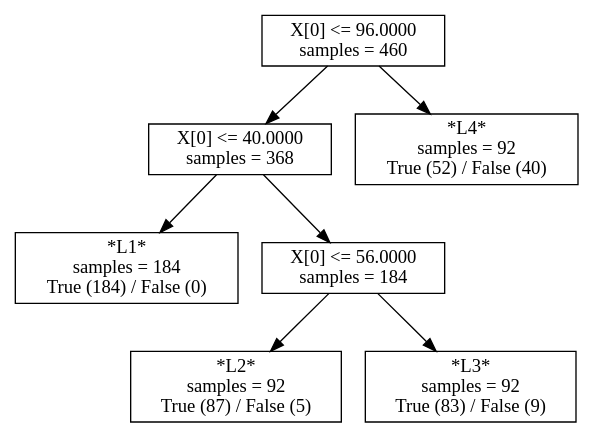
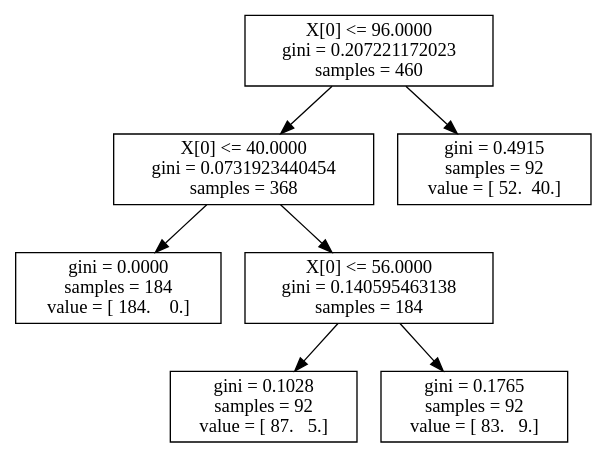
Before and after one commit to ctuning/reproduce-ck-paper-large-experiments: the diagram in script/reproduce-hog-modeling/t628-first-set-of-features/model-sklearn-dtc.modelx.dot, drawn with Graphviz. The commit also changed 199 other files, not shown here.

```diff
--- a/script/reproduce-hog-modeling/t628-first-set-of-features/model-sklearn-dtc.modelx.dot
+++ b/script/reproduce-hog-modeling/t628-first-set-of-features/model-sklearn-dtc.modelx.dot
@@ -1,15 +1,15 @@
 digraph Tree {
-0 [label="X[0] <= 96.0000\nsamples = 460", shape="box"] ;
-1 [label="X[0] <= 40.0000\nsamples = 368", shape="box"] ;
+0 [label="X[0] <= 96.0000\ngini = 0.207221172023\nsamples = 460", shape="box"] ;
+1 [label="X[0] <= 40.0000\ngini = 0.0731923440454\nsamples = 368", shape="box"] ;
 0 -> 1 ;
-2 [label="*L1*\nsamples = 184\nTrue (184) / False (0)", shape="box"] ;
+2 [label="gini = 0.0000\nsamples = 184\nvalue = [ 184.    0.]", shape="box"] ;
 1 -> 2 ;
-3 [label="X[0] <= 56.0000\nsamples = 184", shape="box"] ;
+3 [label="X[0] <= 56.0000\ngini = 0.140595463138\nsamples = 184", shape="box"] ;
 1 -> 3 ;
-4 [label="*L2*\nsamples = 92\nTrue (87) / False (5)", shape="box"] ;
+4 [label="gini = 0.1028\nsamples = 92\nvalue = [ 87.   5.]", shape="box"] ;
 3 -> 4 ;
-5 [label="*L3*\nsamples = 92\nTrue (83) / False (9)", shape="box"] ;
+5 [label="gini = 0.1765\nsamples = 92\nvalue = [ 83.   9.]", shape="box"] ;
 3 -> 5 ;
-6 [label="*L4*\nsamples = 92\nTrue (52) / False (40)", shape="box"] ;
+6 [label="gini = 0.4915\nsamples = 92\nvalue = [ 52.  40.]", shape="box"] ;
 0 -> 6 ;
 }
```
